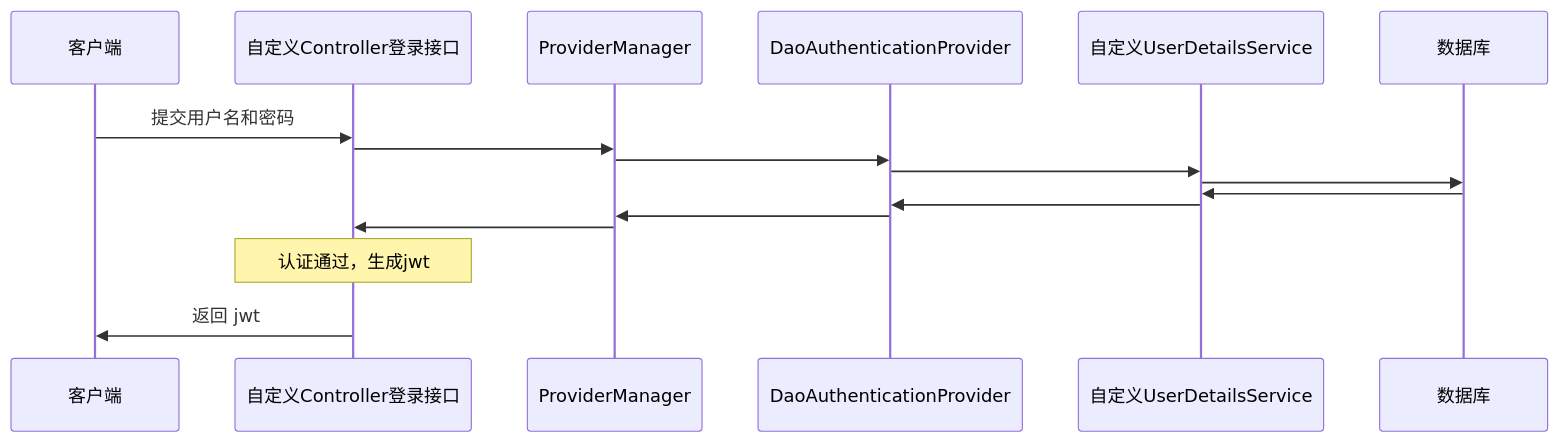
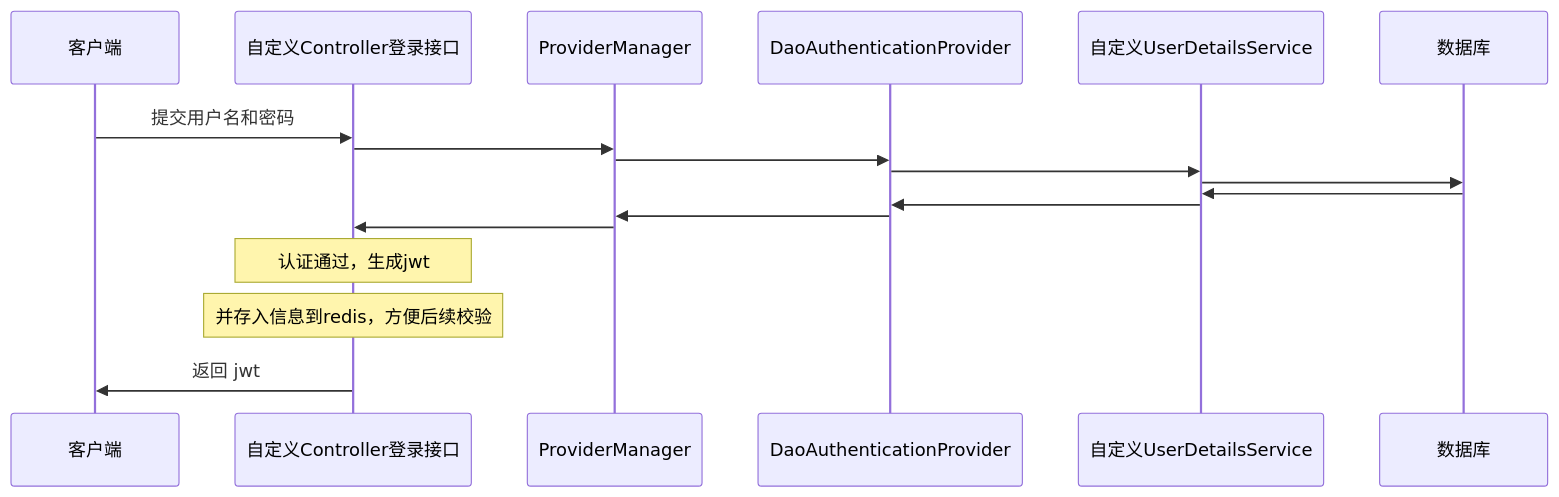
Before and after one commit to poppop9/obsidian: the fourth of 5 diagrams in 计算机/JavaWeb/后端/Spring Security.md, drawn with Mermaid. The commit also changed other lines of this file and 2 other files, not shown here.

````diff
--- a/计算机/JavaWeb/后端/Spring Security.md
+++ b/计算机/JavaWeb/后端/Spring Security.md
@@ -72,21 +72,22 @@
 ```mermaid
 sequenceDiagram
     participant 客户端
     participant C AS 自定义Controller登录接口
     participant P AS ProviderManager
     participant D AS DaoAuthenticationProvider
     participant U AS 自定义UserDetailsService
     participant 数据库
 
 	客户端->>C: 提交用户名和密码
 	C->>P: 
 	P->>D: 
 	D->>U: 
 	U->>数据库: 
 	数据库->>U: 
 	U->>D: 
 	D->>P: 
     P->>C: 
     Note over C: 认证通过，生成jwt
+    Note over C: 并存入信息到redis，方便后续校验
     C->>客户端: 返回 jwt
 ```
````
